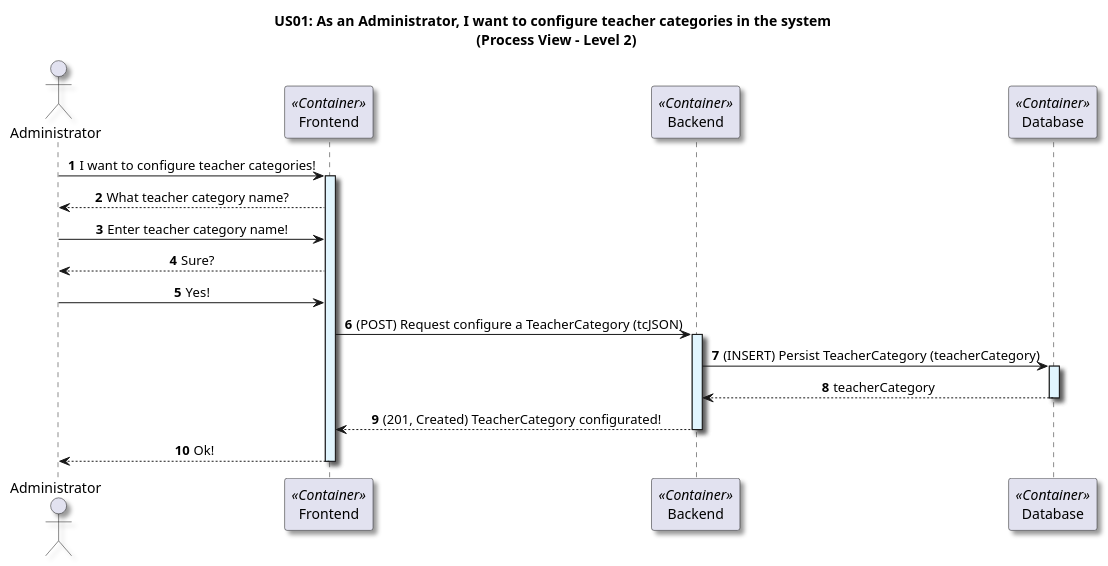
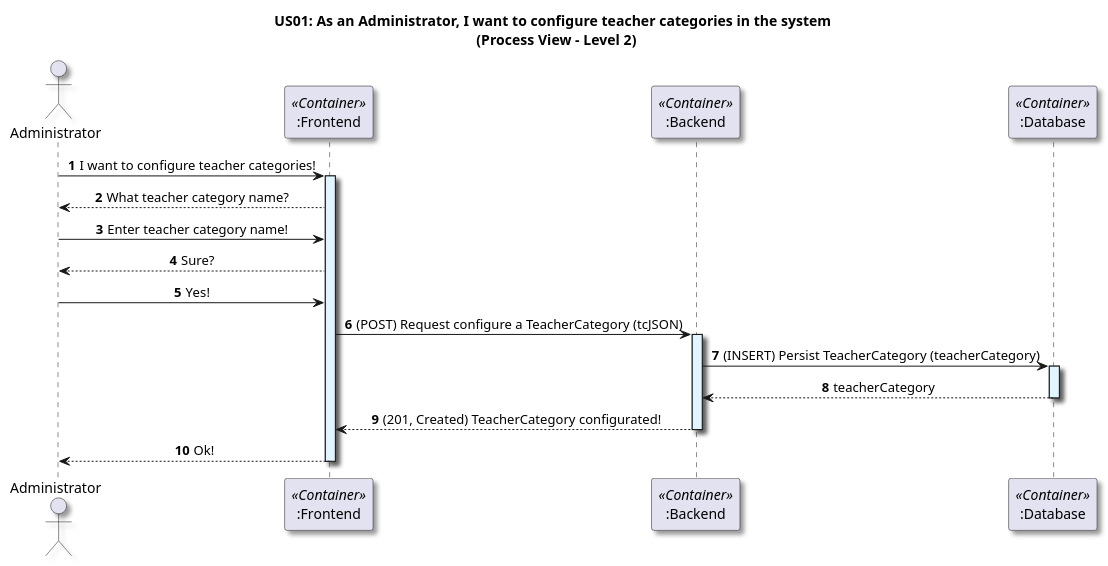
One commit to GasparISEP/DevOps-PAI changed the diagram in docs/US01/Sprint6_RestAPI/ProcessView/Level2.puml. Above: the diagram before and after it, drawn with PlantUML. The commit also changed 2 other files, not shown here.

Commit message:
doc (scenario): refactor process view diagrams at level 1,2 and 3 with minor adjustments (#532, #541)

```diff
--- a/docs/US01/Sprint6_RestAPI/ProcessView/Level2.puml
+++ b/docs/US01/Sprint6_RestAPI/ProcessView/Level2.puml
@@ -1,43 +1,43 @@
 @startuml
 
 title US01: As an Administrator, I want to configure teacher categories in the system \n (Process View - Level 2)
 
 skinparam componentStyle component
 skinparam defaultTextAlignment center
 skinparam shadowing true
 
 autonumber
 
 actor Administrator as admin
 
-participant "Frontend" as frontend <<Container>>
-participant "Backend" as backend <<Container>>
-participant "Database" as db <<Container>>
+participant ":Frontend" as frontend <<Container>>
+participant ":Backend" as backend <<Container>>
+participant ":Database" as db <<Container>>
 
 admin -> frontend: I want to configure teacher categories!
 activate frontend #E1F5FE
 
 frontend --> admin: What teacher category name?
 
 admin -> frontend: Enter teacher category name!
 
 frontend --> admin: Sure?
 
 admin -> frontend: Yes!
 
 frontend -> backend: (POST) Request configure a TeacherCategory (tcJSON)
 activate backend #E1F5FE
 
 backend -> db: (INSERT) Persist TeacherCategory (teacherCategory)
 activate db #E1F5FE
 
 db --> backend: teacherCategory
 deactivate db
 
 backend --> frontend: (201, Created) TeacherCategory configurated!
 deactivate backend
 
 frontend --> admin: Ok!
 deactivate frontend
 
 @enduml
```
